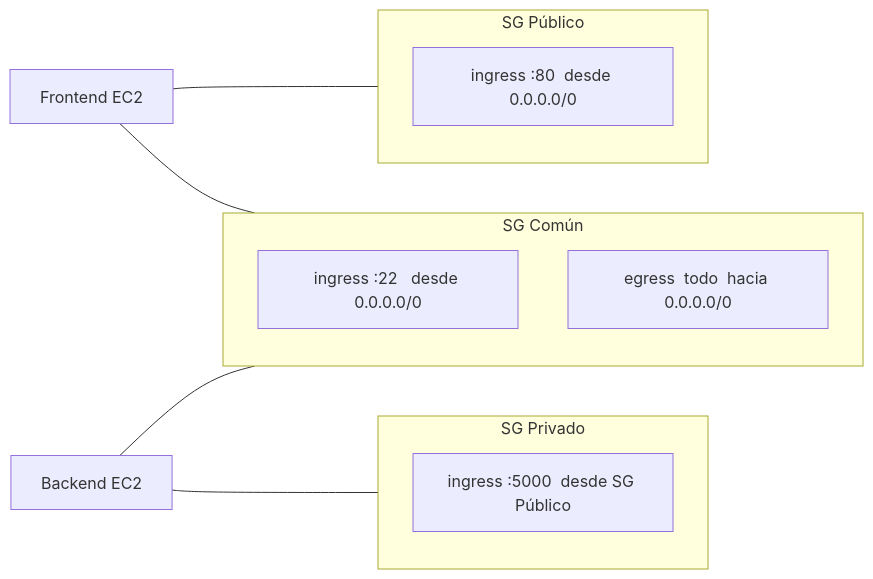
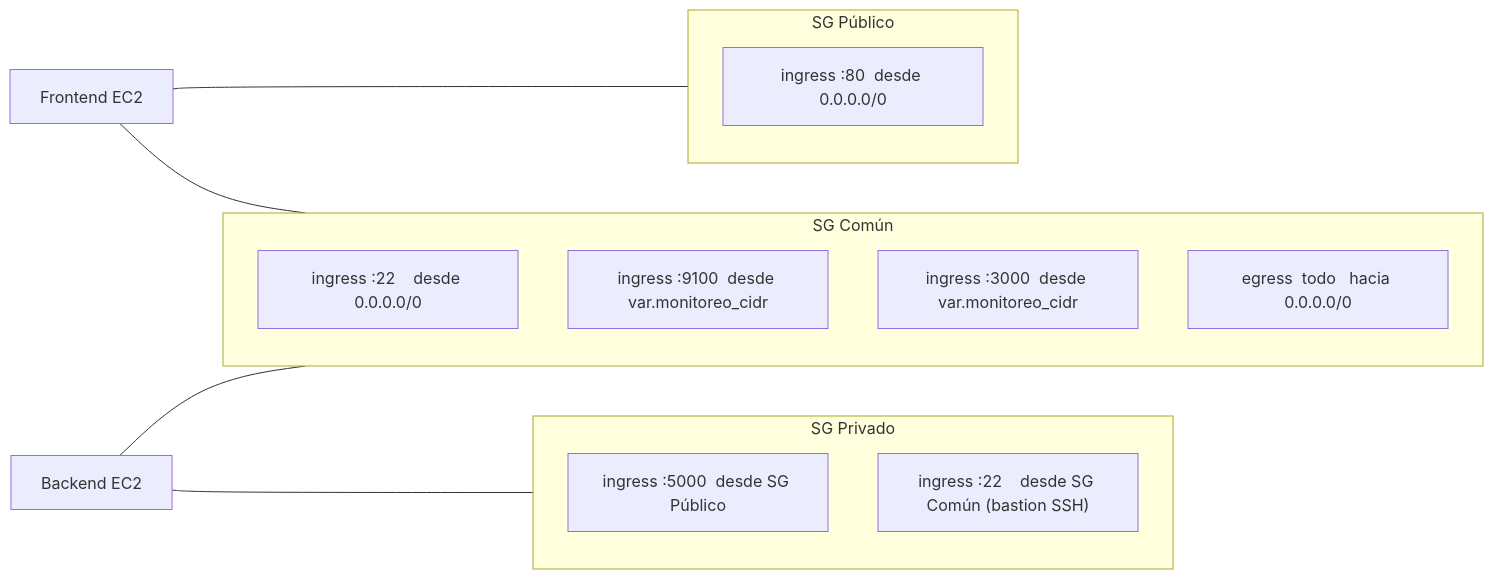
Before and after one commit to ScrambledBits/taller-iac: the second of 4 diagrams in README.md, drawn with Mermaid. The commit also changed other lines of this file and 18 other files, not shown here.

````diff
--- a/README.md
+++ b/README.md
@@ -61,20 +61,23 @@
 ```mermaid
 graph LR
     subgraph SG_PUB["SG Público"]
         p1["ingress :80  desde 0.0.0.0/0"]
     end
 
     subgraph SG_PRIV["SG Privado"]
         pr1["ingress :5000  desde SG Público"]
+        pr2["ingress :22    desde SG Común (bastion SSH)"]
     end
 
     subgraph SG_COM["SG Común"]
-        c1["ingress :22   desde 0.0.0.0/0"]
-        c2["egress  todo  hacia 0.0.0.0/0"]
+        c1["ingress :22    desde 0.0.0.0/0"]
+        c2["ingress :9100  desde var.monitoreo_cidr"]
+        c3["ingress :3000  desde var.monitoreo_cidr"]
+        c4["egress  todo   hacia 0.0.0.0/0"]
     end
 
     FE["Frontend EC2"] --- SG_PUB
     FE --- SG_COM
     BE["Backend EC2"] --- SG_PRIV
     BE --- SG_COM
 ```
````
